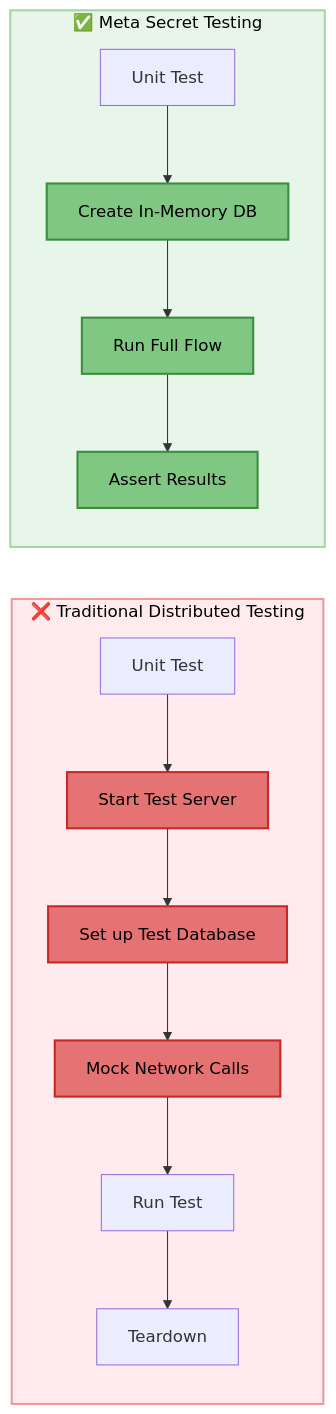
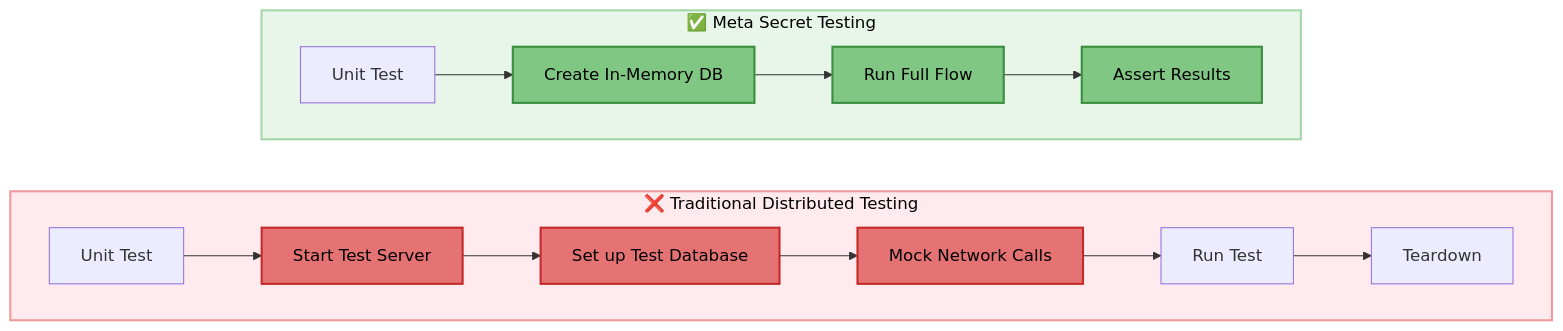
One commit to meta-secret/meta-secret-core changed diagram 13 of 13 in docs/meta-secret-technical-presentation.md. Above: the diagram before and after it, drawn with Mermaid.

Commit message:
improvements

````diff
--- a/docs/meta-secret-technical-presentation.md
+++ b/docs/meta-secret-technical-presentation.md
@@ -771,29 +771,29 @@
 ```mermaid
 flowchart LR
     subgraph TRADITIONAL["❌ Traditional Distributed Testing"]
-        direction TB
+        direction LR
         T1[Unit Test] --> T2[Start Test Server]
         T2 --> T3[Set up Test Database]
         T3 --> T4[Mock Network Calls]
         T4 --> T5[Run Test]
         T5 --> T6[Teardown]
         
         style T2 fill:#e57373,color:#000,stroke:#c62828,stroke-width:2px
         style T3 fill:#e57373,color:#000,stroke:#c62828,stroke-width:2px
         style T4 fill:#e57373,color:#000,stroke:#c62828,stroke-width:2px
     end
     
     subgraph METASECRET["✅ Meta Secret Testing"]
-        direction TB
+        direction LR
         M1[Unit Test] --> M2[Create In-Memory DB]
         M2 --> M3[Run Full Flow]
         M3 --> M4[Assert Results]
         
         style M2 fill:#81c784,color:#000,stroke:#388e3c,stroke-width:2px
         style M3 fill:#81c784,color:#000,stroke:#388e3c,stroke-width:2px
         style M4 fill:#81c784,color:#000,stroke:#388e3c,stroke-width:2px
     end
     
     style TRADITIONAL fill:#ffebee,stroke:#ef9a9a,stroke-width:2px,color:#000
     style METASECRET fill:#e8f5e9,stroke:#a5d6a7,stroke-width:2px,color:#000
 ```
````
